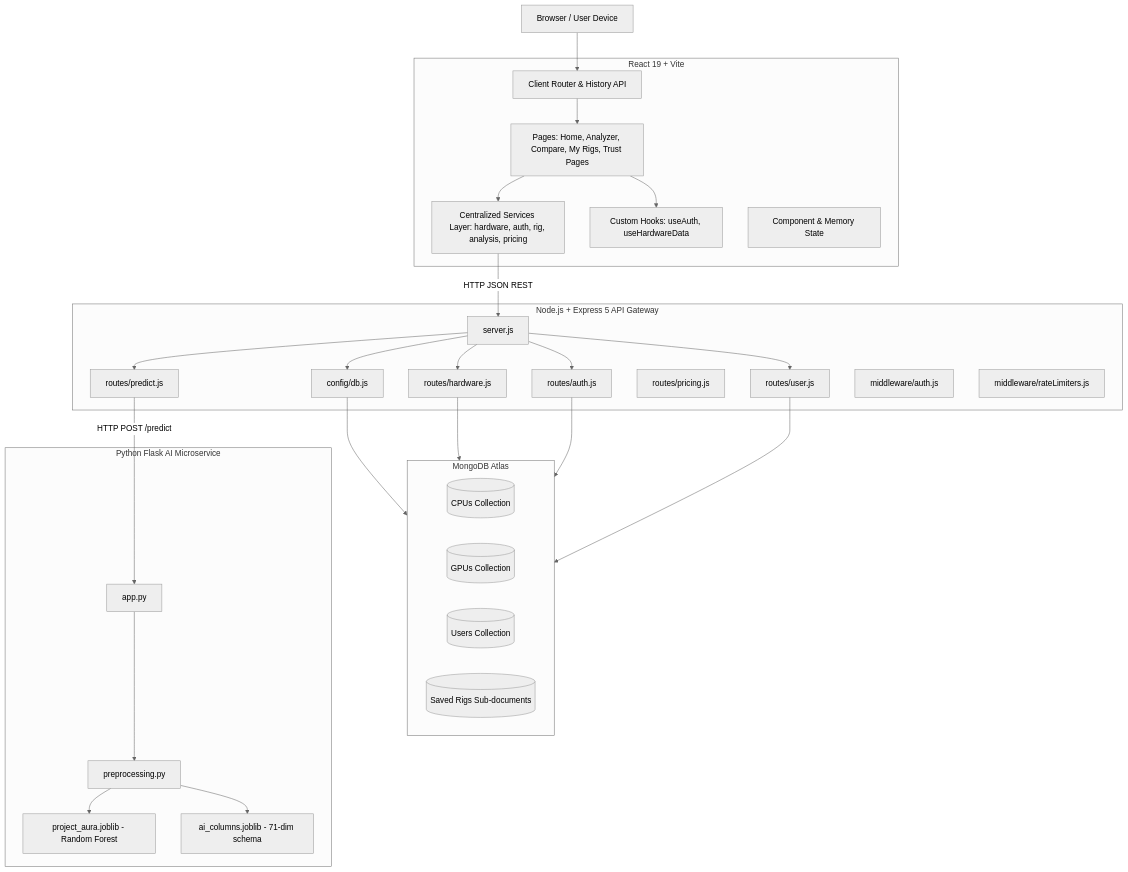
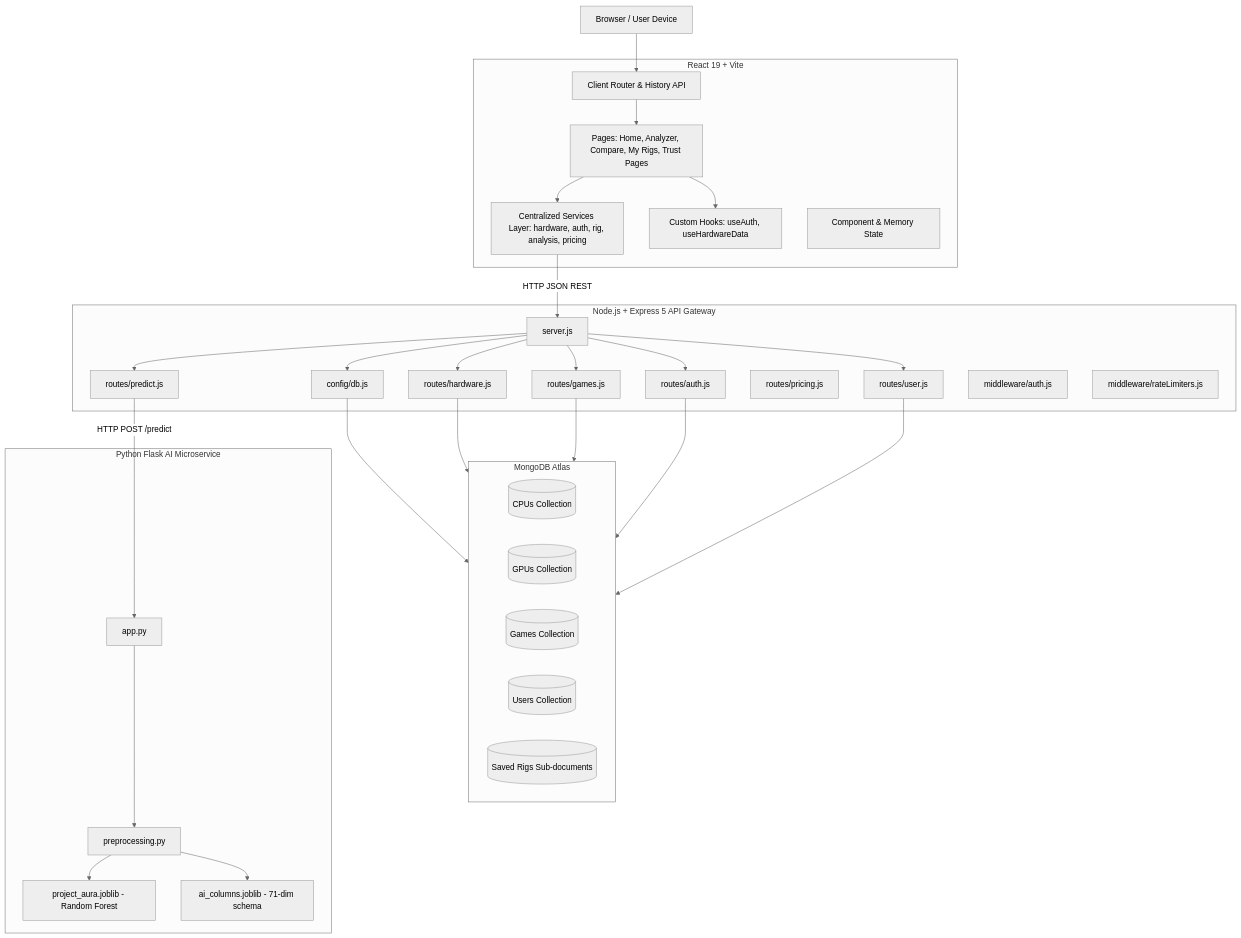
Before and after one commit to shamalsathsara/hardware-bottleneck-analyzer: the diagram in docs/ARCHITECTURE.md, drawn with Mermaid (neutral theme). The commit also changed 15 other files, not shown here.

````diff
--- a/docs/ARCHITECTURE.md
+++ b/docs/ARCHITECTURE.md
@@ -10,54 +10,57 @@
 ```mermaid
 graph TD
     Client[Browser / User Device]
     
     subgraph Frontend [React 19 + Vite]
         Router[Client Router & History API]
         Pages[Pages: Home, Analyzer, Compare, My Rigs, Trust Pages]
         Services[Centralized Services Layer: hardware, auth, rig, analysis, pricing]
         Hooks[Custom Hooks: useAuth, useHardwareData]
         State[Component & Memory State]
     end
 
     subgraph Backend [Node.js + Express 5 API Gateway]
         Server[server.js]
         DBConfig[config/db.js]
         HardwareRoutes[routes/hardware.js]
+        GamesRoutes[routes/games.js]
         AuthRoutes[routes/auth.js]
         UserRoutes[routes/user.js]
         PricingRoutes[routes/pricing.js]
         PredictRoutes[routes/predict.js]
         AuthMiddleware[middleware/auth.js]
         RateLimit[middleware/rateLimiters.js]
     end
 
     subgraph Database [MongoDB Atlas]
         CPUsCollection[(CPUs Collection)]
         GPUsCollection[(GPUs Collection)]
+        GamesCollection[(Games Collection)]
         UsersCollection[(Users Collection)]
         RigsCollection[(Saved Rigs Sub-documents)]
     end
 
     subgraph MLService [Python Flask AI Microservice]
         FlaskServer[app.py]
         Preprocessor[preprocessing.py]
         RFModel[project_aura.joblib - Random Forest]
         FeatureSchema[ai_columns.joblib - 71-dim schema]
     end
 
     Client --> Router
     Router --> Pages
     Pages --> Hooks
     Pages --> Services
     Services -->|HTTP JSON REST| Server
     
     Server --> DBConfig --> Database
     Server --> HardwareRoutes --> Database
+    Server --> GamesRoutes --> Database
     Server --> AuthRoutes --> Database
     Server --> UserRoutes --> Database
     Server --> PredictRoutes -->|HTTP POST /predict| FlaskServer
     
     FlaskServer --> Preprocessor
     Preprocessor --> FeatureSchema
     Preprocessor --> RFModel
 ```
````
